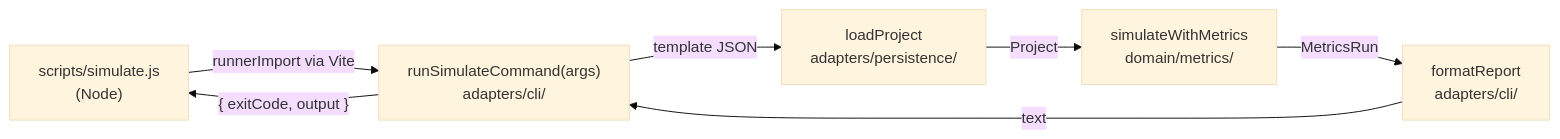
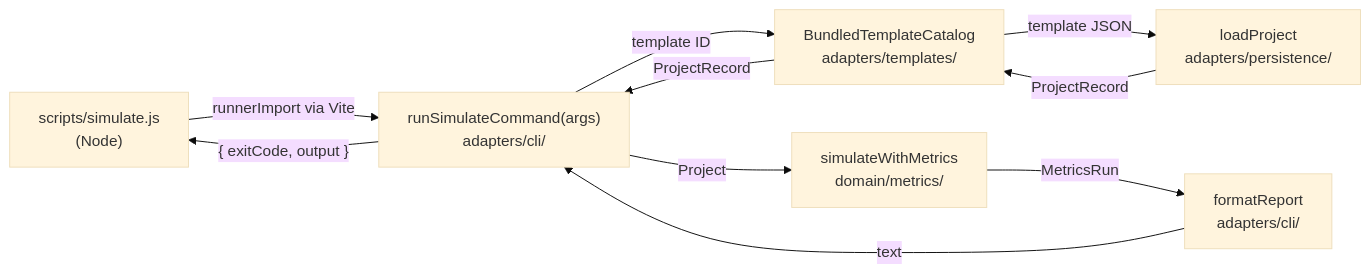
One commit to alanbickel/wind-tunnel changed the diagram in docs/architecture/headless-runner.md. Above: the diagram before and after it, drawn with Mermaid (base theme). The commit also changed other lines of this file and 11 other files, not shown here.

Commit message:
feat(adapters): add the bundled template catalog and run CLI templates through it by document ID

````diff
--- a/docs/architecture/headless-runner.md
+++ b/docs/architecture/headless-runner.md
@@ -16,9 +16,12 @@
 ```mermaid
 flowchart LR
     N["scripts/simulate.js<br/>(Node)"] -->|"runnerImport via Vite"| C["runSimulateCommand(args)<br/>adapters/cli/"]
-    C -->|template JSON| L["loadProject<br/>adapters/persistence/"]
-    L -->|Project| S["simulateWithMetrics<br/>domain/metrics/"]
+    C -->|template ID| T["BundledTemplateCatalog<br/>adapters/templates/"]
+    T -->|template JSON| L["loadProject<br/>adapters/persistence/"]
+    L -->|ProjectRecord| T
+    T -->|ProjectRecord| C
+    C -->|Project| S["simulateWithMetrics<br/>domain/metrics/"]
     S -->|MetricsRun| F["formatReport<br/>adapters/cli/"]
     F -->|text| C
     C -->|"{ exitCode, output }"| N
 ```
````
